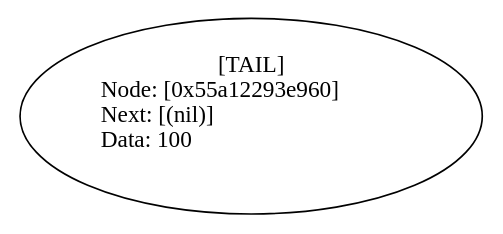
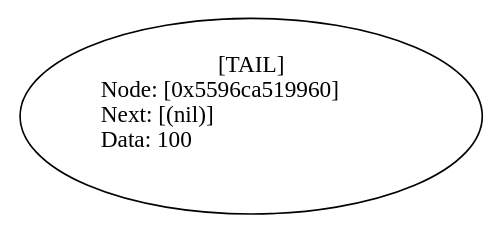
One commit to detininroman/MIPT-4sem changed the diagram in Queue/Dot/queue_dump.gv. Above: the diagram before and after it, drawn with Graphviz. The commit also changed 5 other files, not shown here.

```diff
--- a/Queue/Dot/queue_dump.gv
+++ b/Queue/Dot/queue_dump.gv
@@ -1,4 +1,4 @@
 digraph graf {
-rankdir="LR";Node_0x55a12293e960 [label="[TAIL]
-Node: [0x55a12293e960]\lNext: [(nil)]\lData: 100\l "]
+rankdir="LR";Node_0x5596ca519960 [label="[TAIL]
+Node: [0x5596ca519960]\lNext: [(nil)]\lData: 100\l "]
 }
```
